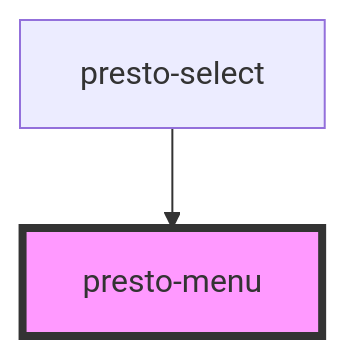
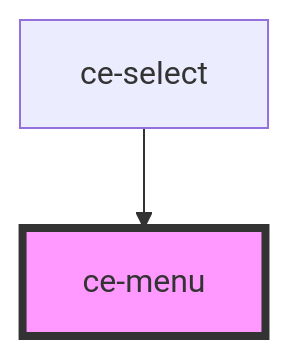
Before and after one commit to surecart/surecart-wp-plugin: the diagram in packages/components/docs/components/ui/menu/readme.md, drawn with Mermaid. The commit also changed other lines of this file and 292 other files, not shown here.

````diff
--- a/packages/components/docs/components/ui/menu/readme.md
+++ b/packages/components/docs/components/ui/menu/readme.md
@@ -29,5 +27,5 @@
 ```mermaid
 graph TD;
-  presto-select --> presto-menu
-  style presto-menu fill:#f9f,stroke:#333,stroke-width:4px
+  ce-select --> ce-menu
+  style ce-menu fill:#f9f,stroke:#333,stroke-width:4px
 ```
````
